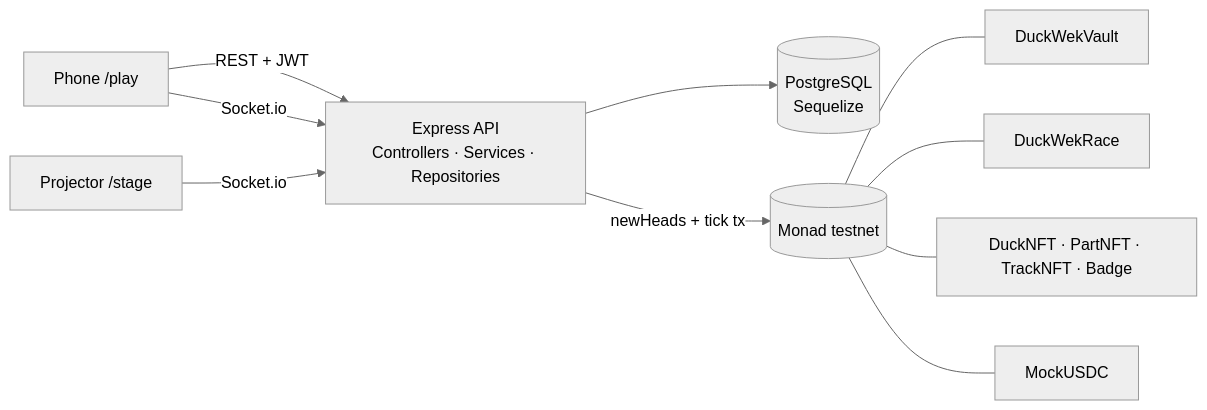
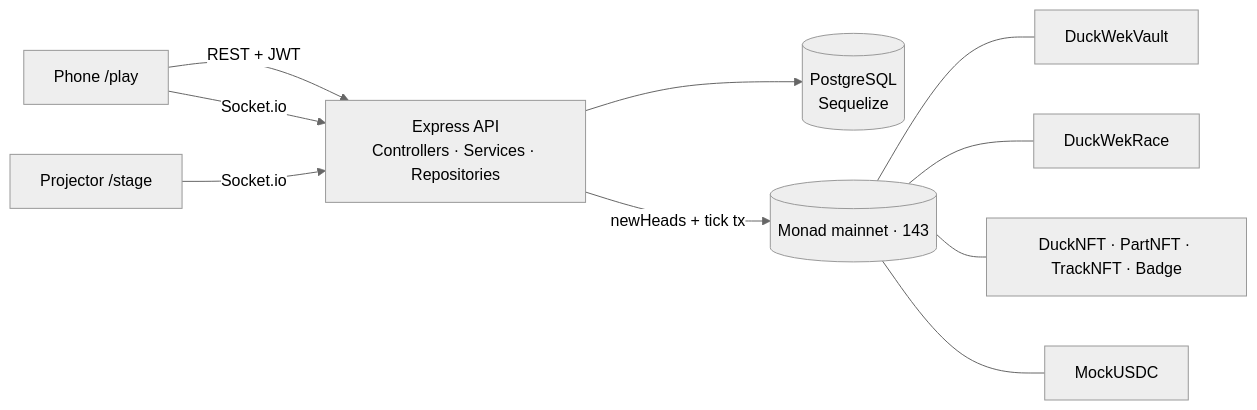
The first of 2 diagrams in README.md (hafidluqman50/duckwek), drawn with Mermaid (neutral theme) before and after one commit. The commit also changed other lines of this file, not shown here.

First line of the commit message:
docs: record the Monad mainnet deployment

````diff
--- a/README.md
+++ b/README.md
@@ -50,12 +50,12 @@
 ```mermaid
 flowchart LR
   Phone[Phone /play] -- REST + JWT --> API
   Stage[Projector /stage] -- Socket.io --> API
   Phone -- Socket.io --> API
   API[Express API<br/>Controllers · Services · Repositories] --> DB[(PostgreSQL<br/>Sequelize)]
-  API -- newHeads + tick tx --> Monad[(Monad testnet)]
+  API -- newHeads + tick tx --> Monad[(Monad mainnet · 143)]
   Monad --- Vault[DuckWekVault]
   Monad --- Race[DuckWekRace]
   Monad --- Assets[DuckNFT · PartNFT · TrackNFT · Badge]
   Monad --- USDC[MockUSDC]
 ```
````
